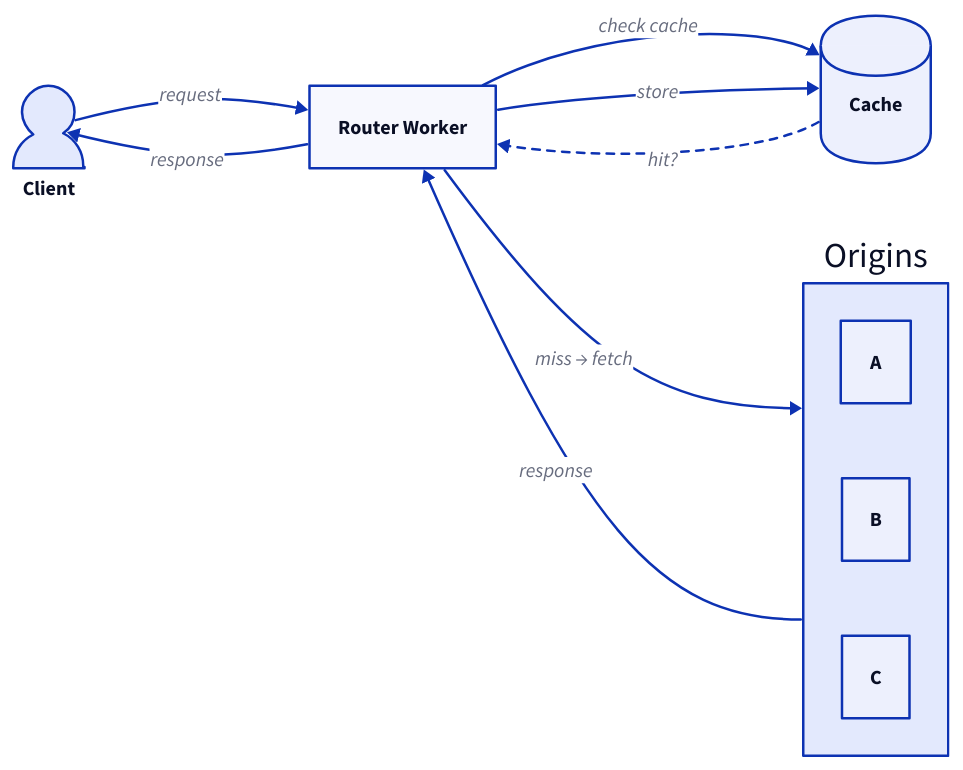
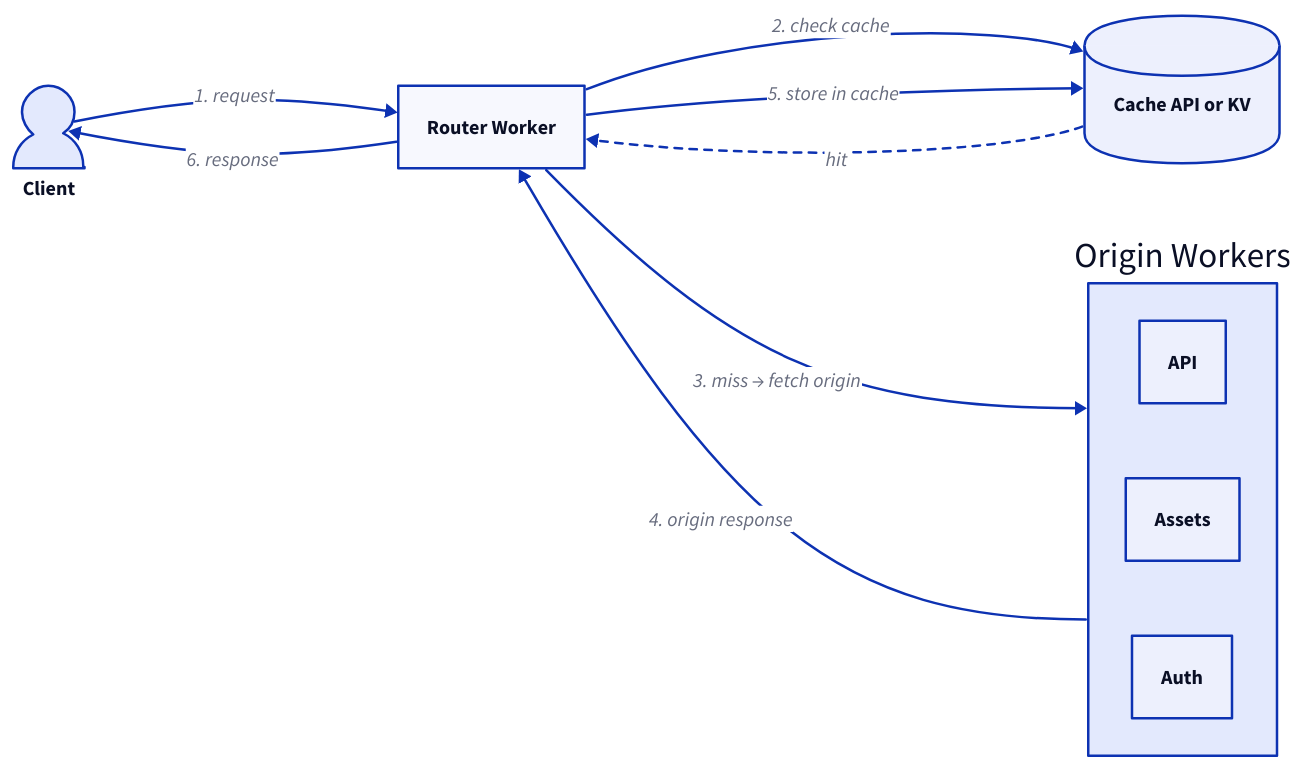
Before and after one commit to erfianugrah/lexicanum: the fifth of 6 diagrams in src/content/docs/reference/caching.mdx, drawn with D2. The commit also changed other lines of this file, not shown here.

First line of the commit message:
docs: improve D2 diagrams with more detail and clarity

````diff
--- a/src/content/docs/reference/caching.mdx
+++ b/src/content/docs/reference/caching.mdx
@@ -810,20 +847,21 @@
 ```d2
 direction: right
 
 client: Client {shape: person}
 router: Router Worker
-cache: Cache {shape: cylinder}
-origins: Origins {
-  a: A
-  b: B
-  c: C
+cache: Cache API or KV {shape: cylinder}
+
+origins: Origin Workers {
+  api: API
+  assets: Assets
+  auth: Auth
 }
 
-client -> router: request
-router -> cache: check cache
-cache -> router: hit? {style.stroke-dash: 3}
-router -> origins: miss → fetch
-origins -> router: response
-router -> cache: store
-router -> client: response
+client -> router: 1. request
+router -> cache: 2. check cache
+cache -> router: hit {style.stroke-dash: 3}
+router -> origins: 3. miss → fetch origin
+origins -> router: 4. origin response
+router -> cache: 5. store in cache
+router -> client: 6. response
 ```
````
